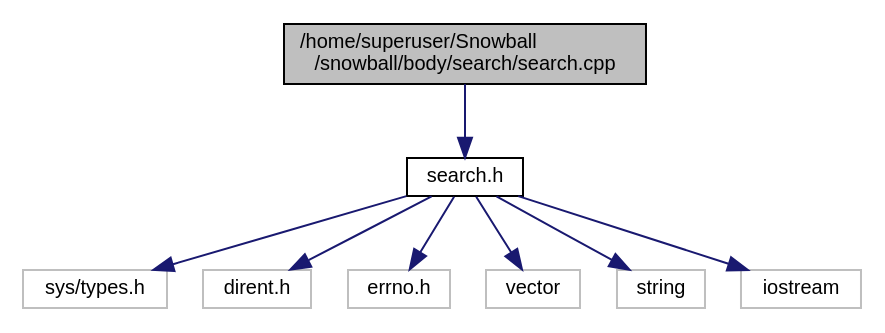
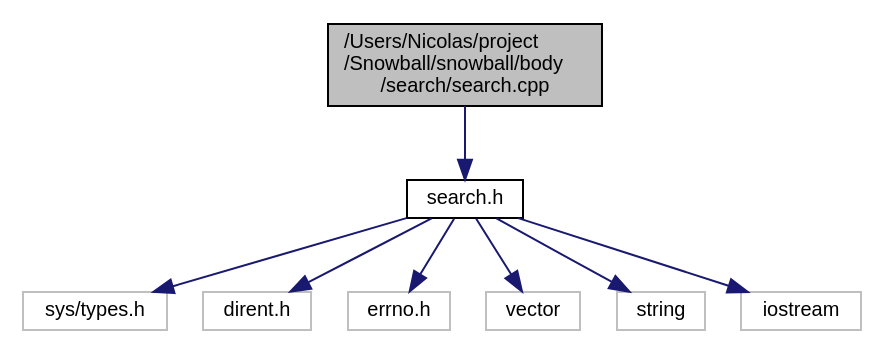
One commit to HexDumper/Snowball changed the diagram in snowball/documentation/rtf/search_8cpp__incl.dot. Above: the diagram before and after it, drawn with Graphviz. The commit also changed 330 other files, not shown here.

```diff
--- a/snowball/documentation/rtf/search_8cpp__incl.dot
+++ b/snowball/documentation/rtf/search_8cpp__incl.dot
@@ -1,20 +1,20 @@
-digraph "/home/superuser/Snowball/snowball/body/search/search.cpp"
+digraph "/Users/Nicolas/project/Snowball/snowball/body/search/search.cpp"
 {
   edge [fontname="Helvetica",fontsize="10",labelfontname="Helvetica",labelfontsize="10"];
   node [fontname="Helvetica",fontsize="10",shape=record];
-  Node1 [label="/home/superuser/Snowball\l/snowball/body/search/search.cpp",height=0.2,width=0.4,color="black", fillcolor="grey75", style="filled", fontcolor="black"];
+  Node0 [label="/Users/Nicolas/project\l/Snowball/snowball/body\l/search/search.cpp",height=0.2,width=0.4,color="black", fillcolor="grey75", style="filled", fontcolor="black"];
+  Node0 -> Node1 [color="midnightblue",fontsize="10",style="solid",fontname="Helvetica"];
+  Node1 [label="search.h",height=0.2,width=0.4,color="black", fillcolor="white", style="filled",URL="$search_8h.html"];
   Node1 -> Node2 [color="midnightblue",fontsize="10",style="solid",fontname="Helvetica"];
-  Node2 [label="search.h",height=0.2,width=0.4,color="black", fillcolor="white", style="filled",URL="$search_8h.html"];
-  Node2 -> Node3 [color="midnightblue",fontsize="10",style="solid",fontname="Helvetica"];
-  Node3 [label="sys/types.h",height=0.2,width=0.4,color="grey75", fillcolor="white", style="filled"];
-  Node2 -> Node4 [color="midnightblue",fontsize="10",style="solid",fontname="Helvetica"];
-  Node4 [label="dirent.h",height=0.2,width=0.4,color="grey75", fillcolor="white", style="filled"];
-  Node2 -> Node5 [color="midnightblue",fontsize="10",style="solid",fontname="Helvetica"];
-  Node5 [label="errno.h",height=0.2,width=0.4,color="grey75", fillcolor="white", style="filled"];
-  Node2 -> Node6 [color="midnightblue",fontsize="10",style="solid",fontname="Helvetica"];
-  Node6 [label="vector",height=0.2,width=0.4,color="grey75", fillcolor="white", style="filled"];
-  Node2 -> Node7 [color="midnightblue",fontsize="10",style="solid",fontname="Helvetica"];
-  Node7 [label="string",height=0.2,width=0.4,color="grey75", fillcolor="white", style="filled"];
-  Node2 -> Node8 [color="midnightblue",fontsize="10",style="solid",fontname="Helvetica"];
-  Node8 [label="iostream",height=0.2,width=0.4,color="grey75", fillcolor="white", style="filled"];
+  Node2 [label="sys/types.h",height=0.2,width=0.4,color="grey75", fillcolor="white", style="filled"];
+  Node1 -> Node3 [color="midnightblue",fontsize="10",style="solid",fontname="Helvetica"];
+  Node3 [label="dirent.h",height=0.2,width=0.4,color="grey75", fillcolor="white", style="filled"];
+  Node1 -> Node4 [color="midnightblue",fontsize="10",style="solid",fontname="Helvetica"];
+  Node4 [label="errno.h",height=0.2,width=0.4,color="grey75", fillcolor="white", style="filled"];
+  Node1 -> Node5 [color="midnightblue",fontsize="10",style="solid",fontname="Helvetica"];
+  Node5 [label="vector",height=0.2,width=0.4,color="grey75", fillcolor="white", style="filled"];
+  Node1 -> Node6 [color="midnightblue",fontsize="10",style="solid",fontname="Helvetica"];
+  Node6 [label="string",height=0.2,width=0.4,color="grey75", fillcolor="white", style="filled"];
+  Node1 -> Node7 [color="midnightblue",fontsize="10",style="solid",fontname="Helvetica"];
+  Node7 [label="iostream",height=0.2,width=0.4,color="grey75", fillcolor="white", style="filled"];
 }
```
